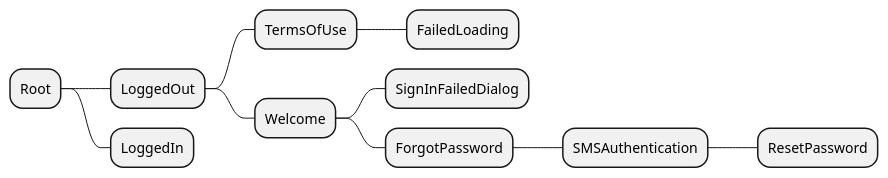
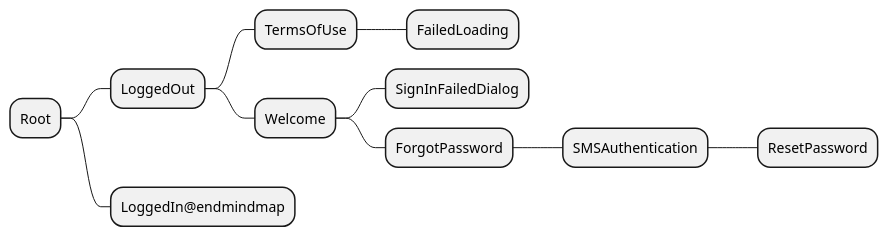
Before and after one commit to imairi/RIBsTreeMaker: the diagram in README.md, drawn with PlantUML. The commit also changed other lines of this file and 1 other file, not shown here.

Commit message:
Fix PlantUML style

````diff
--- a/README.md
+++ b/README.md
@@ -27,14 +27,14 @@
 ```uml
 @startmindmap
-* Root
-** LoggedOut<<noView>>
-*** TermsOfUse
-**** FailedLoading
-*** Welcome
-**** SignInFailedDialog
-**** ForgotPassword
-***** SMSAuthentication
-****** ResetPassword
-** LoggedIn<<noView>>
+* Root<<hasView>>
+** LoggedOut
+*** TermsOfUse<<hasView>>
+**** FailedLoading<<hasView>>
+*** Welcome<<hasView>>
+**** SignInFailedDialog<<hasView>>
+**** ForgotPassword<<hasView>>
+***** SMSAuthentication<<hasView>>
+****** ResetPassword<<hasView>>
+** LoggedIn@endmindmap
 @endmindmap
 ```
````
